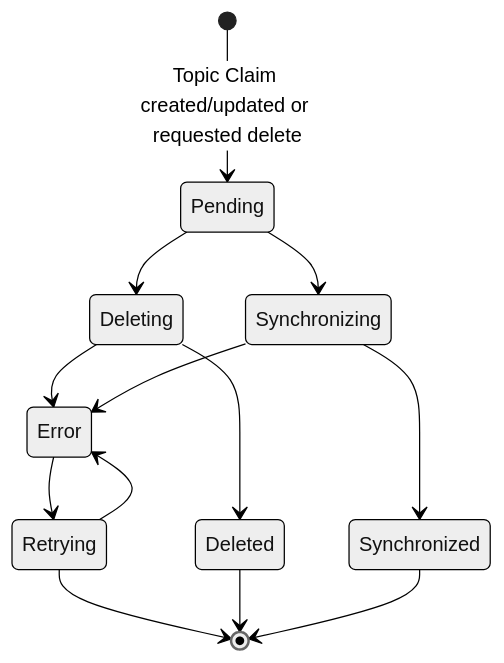
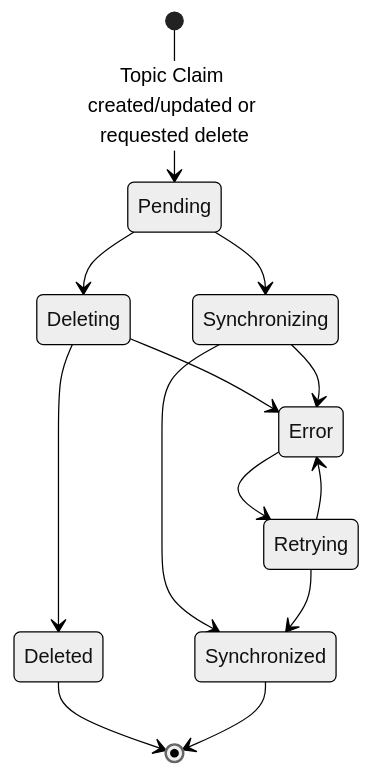
Before and after one commit to KafkaMetamorphosis/docs: the diagram in 003-franz/003.3-topic-claim.md, drawn with Mermaid (neutral theme).

Commit message:
update topic claim doc

````diff
--- a/003-franz/003.3-topic-claim.md
+++ b/003-franz/003.3-topic-claim.md
@@ -10,21 +10,22 @@
 ```mermaid
 stateDiagram-v2
     [*]           --> Pending  : Topic Claim created/updated or requested delete
 
     Pending       --> Synchronizing
     Pending       --> Deleting
 
     Deleting      --> Deleted
     Deleting --> Error
 
     Synchronizing --> Error
     Synchronizing --> Synchronized 
 
     Error         --> Retrying
 
     Retrying      --> Error
 
-    Retrying      --> [*]
+    Retrying      --> Synchronized
+    
     Deleted       --> [*]
     Synchronized  --> [*]
 ```
````
